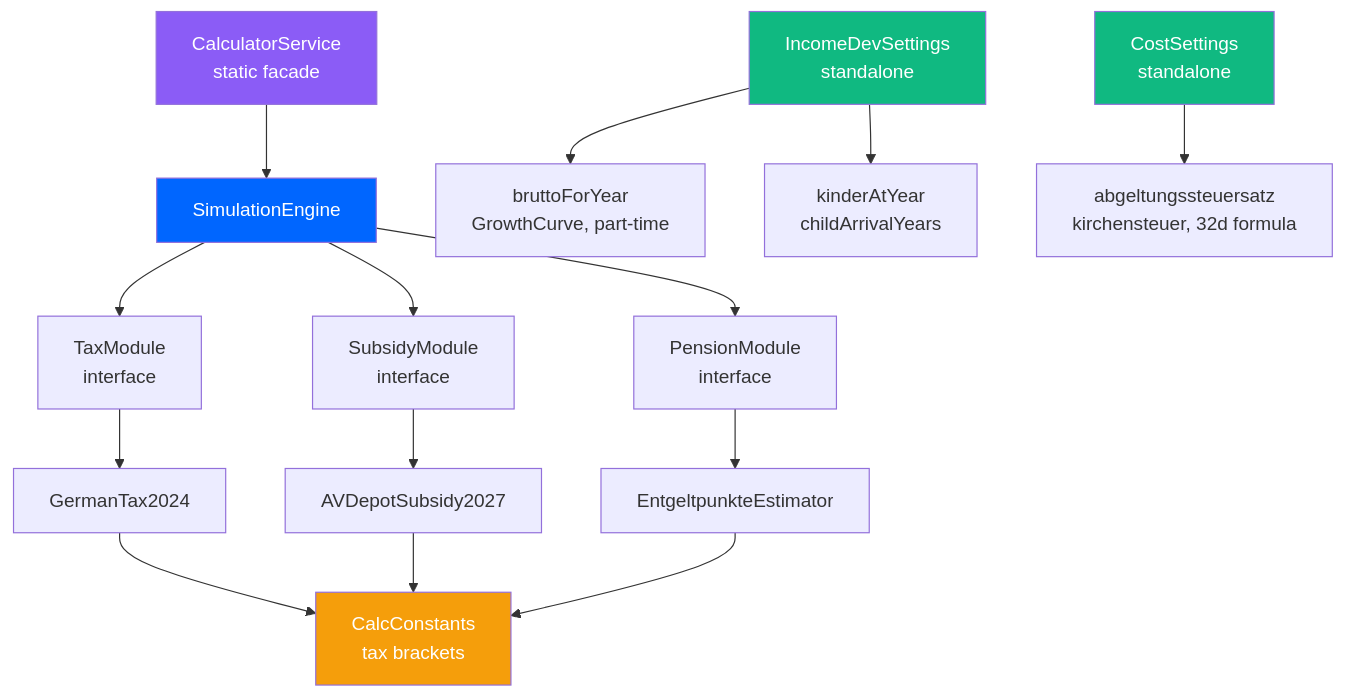
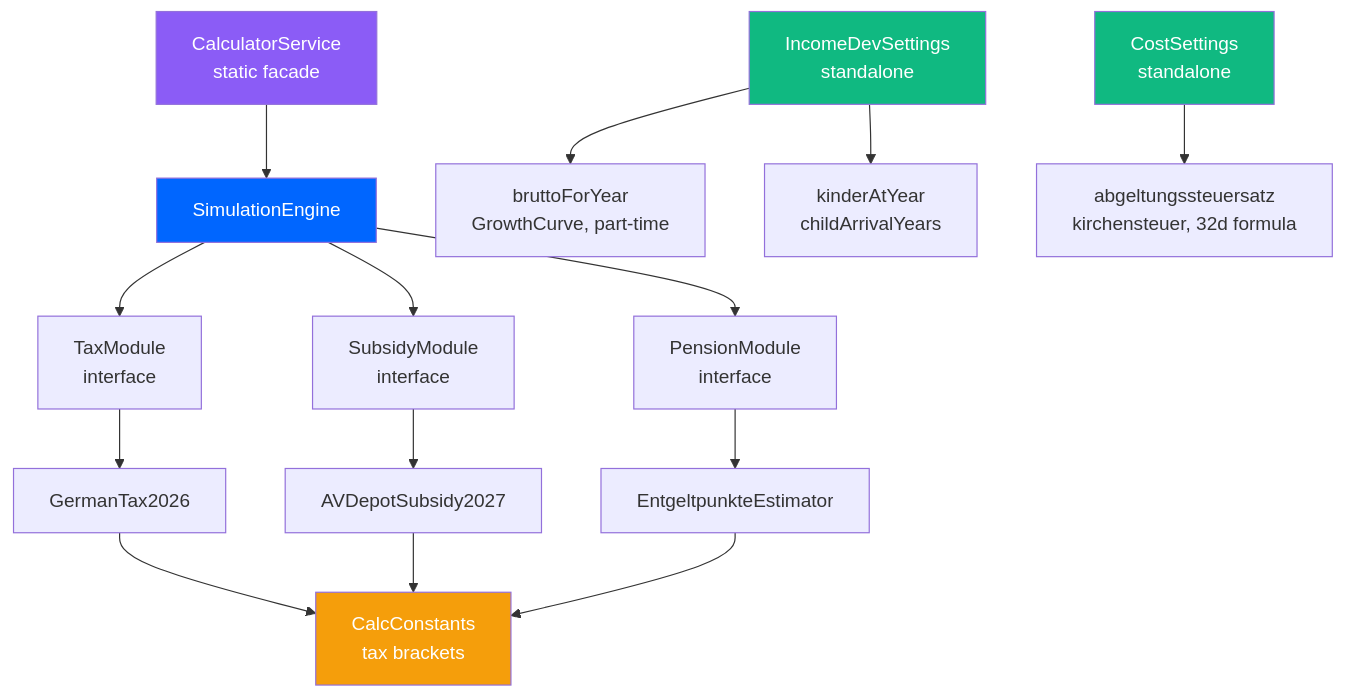
One commit to chraig/de_altersvorsorge_depot changed the fourth of 4 diagrams in docs/CALCULATION_MAP.md. Above: the diagram before and after it, drawn with Mermaid. The commit also changed other lines of this file and 9 other files, not shown here.

````diff
--- a/docs/CALCULATION_MAP.md
+++ b/docs/CALCULATION_MAP.md
@@ -99,27 +99,27 @@
 ```mermaid
 flowchart TD
     SE[SimulationEngine] --> TM[TaxModule<br/>interface]
     SE --> SM[SubsidyModule<br/>interface]
     SE --> PM[PensionModule<br/>interface]
 
-    TM --> GT[GermanTax2024]
+    TM --> GT[GermanTax2026]
     SM --> AVS[AVDepotSubsidy2027]
     PM --> EPE[EntgeltpunkteEstimator]
 
     GT --> CC[CalcConstants<br/>tax brackets]
     AVS --> CC
     EPE --> CC
 
     IDS[IncomeDevSettings<br/>standalone] --> BFY[bruttoForYear<br/>GrowthCurve, part-time]
     IDS --> KAY[kinderAtYear<br/>childArrivalYears]
 
     CS[CostSettings<br/>standalone] --> ABS[abgeltungssteuersatz<br/>kirchensteuer, 32d formula]
 
     FACADE[CalculatorService<br/>static facade] --> SE
 
     style SE fill:#0066FF,color:#fff
     style CC fill:#F59E0B,color:#fff
     style IDS fill:#10B981,color:#fff
     style CS fill:#10B981,color:#fff
     style FACADE fill:#8B5CF6,color:#fff
 ```
````
